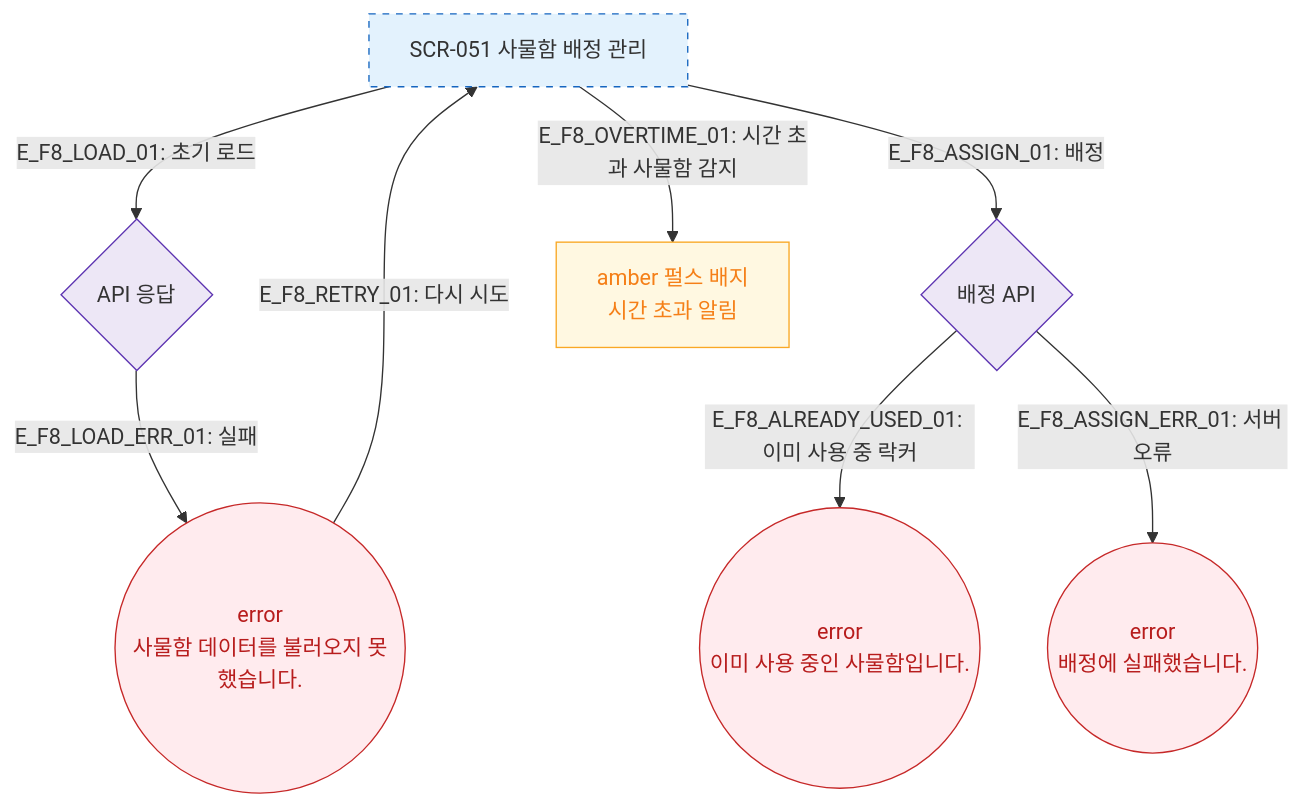
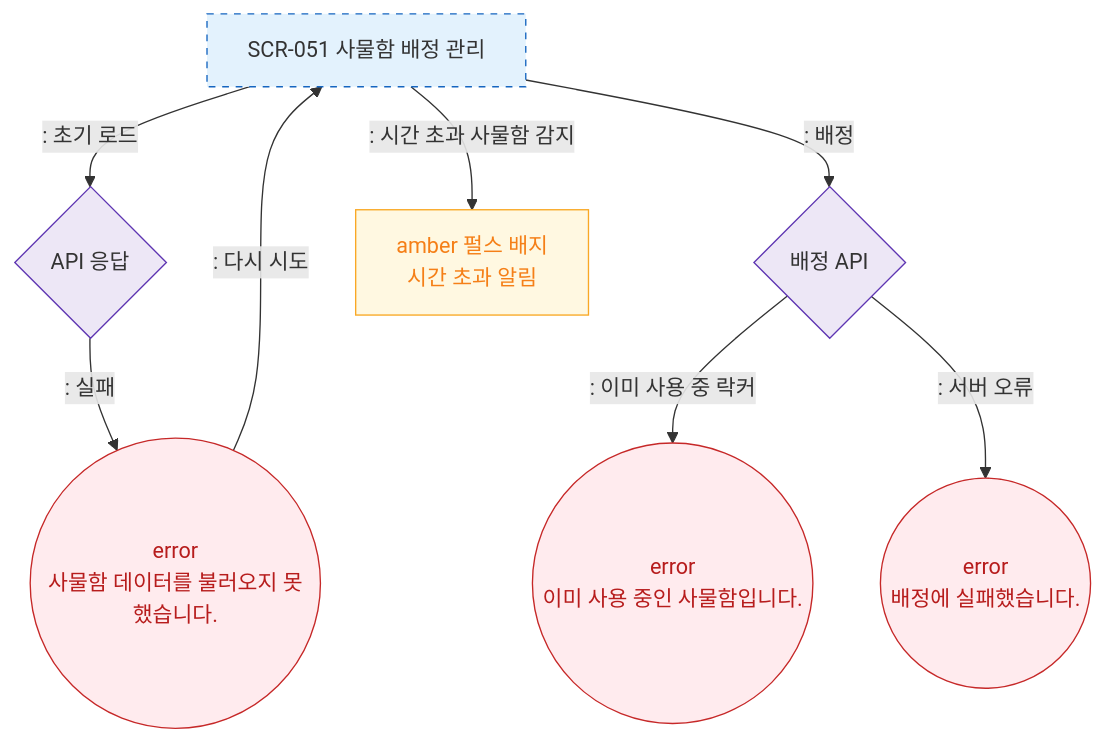
The diagram in docs/다이어그램/D06_시설관리/SCR-051_사물함배정관리/F8_에러예외복구.md (dev-spogym/admin-pando), drawn with Mermaid before and after one commit. The commit also changed other lines of this file and 1660 other files, not shown here.

First line of the commit message:
다이어그램: 기획자/클라이언트 납품본으로 정리

````diff
--- a/docs/다이어그램/D06_시설관리/SCR-051_사물함배정관리/F8_에러예외복구.md
+++ b/docs/다이어그램/D06_시설관리/SCR-051_사물함배정관리/F8_에러예외복구.md
@@ -16,23 +14,23 @@
 ```mermaid
 flowchart TD
     SCR_051[SCR-051 사물함 배정 관리]
 
-    SCR_051 -->|"E_F8_LOAD_01: 초기 로드"| LoadAPI{API 응답}
-    LoadAPI -->|"E_F8_LOAD_ERR_01: 실패"| ErrLoad((error\n사물함 데이터를 불러오지 못했습니다.))
-    ErrLoad -->|"E_F8_RETRY_01: 다시 시도"| SCR_051
+    SCR_051 -->|": 초기 로드"|LoadAPI{API 응답}
+    LoadAPI -->|": 실패"|ErrLoad((error\n사물함 데이터를 불러오지 못했습니다.))
+    ErrLoad -->|": 다시 시도"|SCR_051
 
-    SCR_051 -->|"E_F8_ASSIGN_01: 배정"| AssignAPI{배정 API}
-    AssignAPI -->|"E_F8_ALREADY_USED_01: 이미 사용 중 락커"| ErrUsed((error\n이미 사용 중인 사물함입니다.))
-    AssignAPI -->|"E_F8_ASSIGN_ERR_01: 서버 오류"| ErrAssign((error\n배정에 실패했습니다.))
+    SCR_051 -->|": 배정"|AssignAPI{배정 API}
+    AssignAPI -->|": 이미 사용 중 락커"|ErrUsed((error\n이미 사용 중인 사물함입니다.))
+    AssignAPI -->|": 서버 오류"|ErrAssign((error\n배정에 실패했습니다.))
 
-    SCR_051 -->|"E_F8_OVERTIME_01: 시간 초과 사물함 감지"| OvertimeWarn[amber 펄스 배지\n시간 초과 알림]
+    SCR_051 -->|": 시간 초과 사물함 감지"|OvertimeWarn[amber 펄스 배지\n시간 초과 알림]
 
     classDef screen fill:#E3F2FD,stroke:#1565C0,stroke-dasharray:5 5
     classDef error fill:#FFEBEE,stroke:#C62828,color:#B71C1C
     classDef warning fill:#FFF8E1,stroke:#F9A825,color:#F57F17
     classDef system fill:#EDE7F6,stroke:#5E35B2
     class SCR_051 screen
     class ErrLoad,ErrUsed,ErrAssign error
     class OvertimeWarn warning
     class LoadAPI,AssignAPI system
 ```
````
